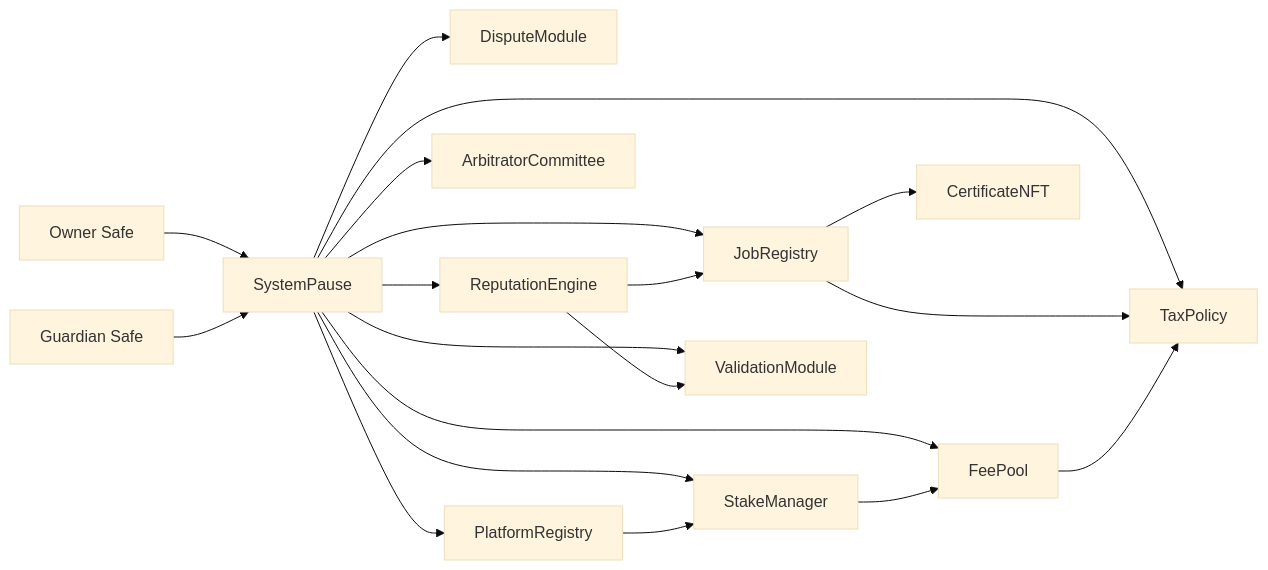
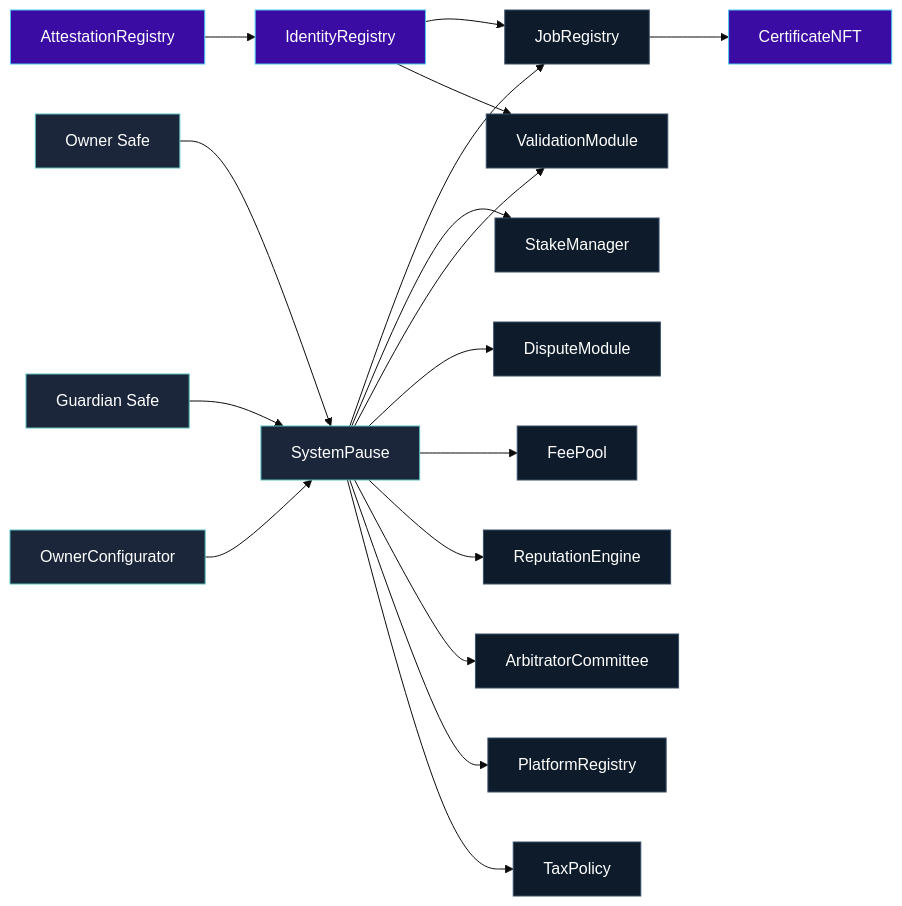
One commit to MontrealAI/agijobs-sovereign-labor-v0p1 changed the first of 2 diagrams in contracts/README.md. Above: the diagram before and after it, drawn with Mermaid (base theme). The commit also changed other lines of this file and 3 other files, not shown here.

````diff
--- a/contracts/README.md
+++ b/contracts/README.md
@@ -13,21 +14,23 @@
 ```mermaid
 flowchart LR
-    owner[Owner Safe] --> pause[SystemPause]
-    guardian[Guardian Safe] --> pause
-    pause --> job[JobRegistry]
-    pause --> stake[StakeManager]
-    pause --> validate[ValidationModule]
-    pause --> dispute[DisputeModule]
-    pause --> fee[FeePool]
-    pause --> rep[ReputationEngine]
-    pause --> arb[ArbitratorCommittee]
-    pause --> platform[PlatformRegistry]
-    pause --> tax[TaxPolicy]
-    job --> cert[CertificateNFT]
-    job --> tax
-    rep --> job
-    rep --> validate
-    platform --> stake
-    stake --> fee
-    fee --> tax
+    owner[Owner Safe]:::gov --> pause[SystemPause]:::gov
+    guardian[Guardian Safe]:::gov --> pause
+    configurator[OwnerConfigurator]:::gov --> pause
+    pause --> job[JobRegistry]:::core
+    pause --> stake[StakeManager]:::core
+    pause --> validate[ValidationModule]:::core
+    pause --> dispute[DisputeModule]:::core
+    pause --> fee[FeePool]:::core
+    pause --> rep[ReputationEngine]:::core
+    pause --> arb[ArbitratorCommittee]:::core
+    pause --> platform[PlatformRegistry]:::core
+    pause --> tax[TaxPolicy]:::core
+    job --> cert[CertificateNFT]:::identity
+    id[IdentityRegistry]:::identity --> job
+    id --> validate
+    att[AttestationRegistry]:::identity --> id
+
+    classDef gov fill:#1b263b,stroke:#5bc0be,color:#fff;
+    classDef core fill:#0d1b2a,stroke:#3a506b,color:#fff;
+    classDef identity fill:#3a0ca3,stroke:#4cc9f0,color:#fff;
 ```
````
